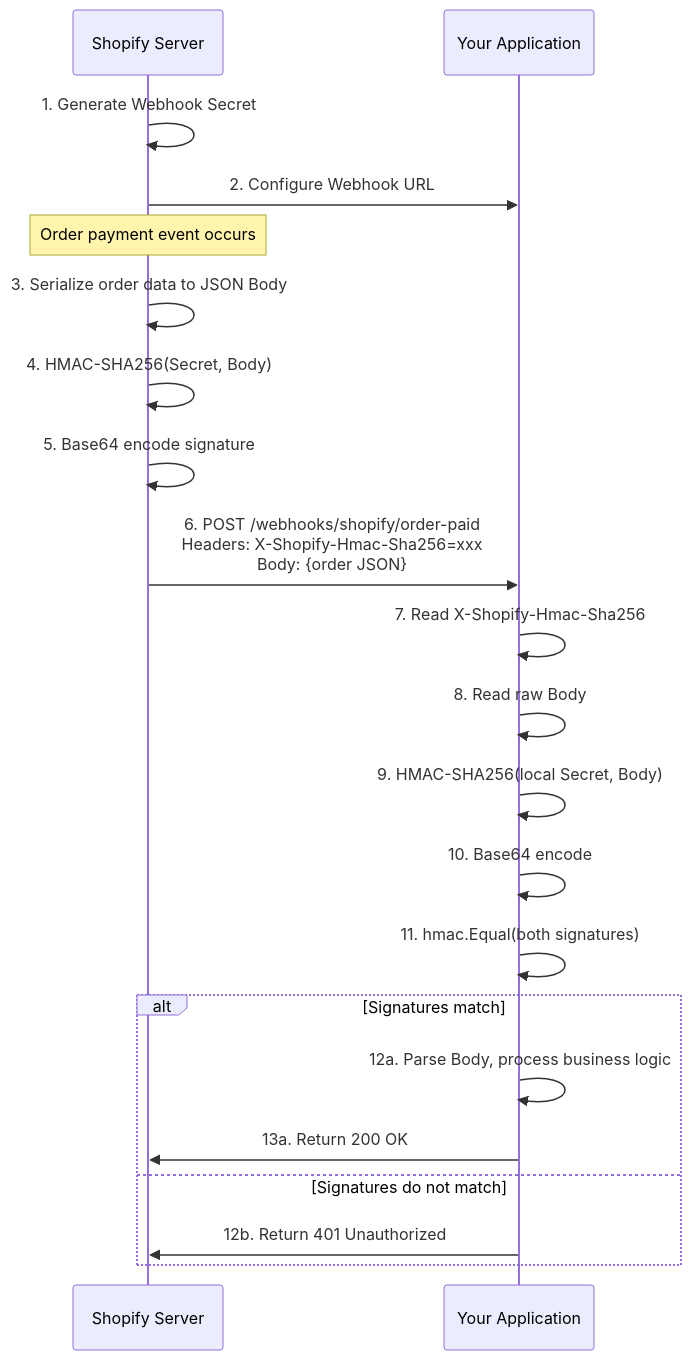
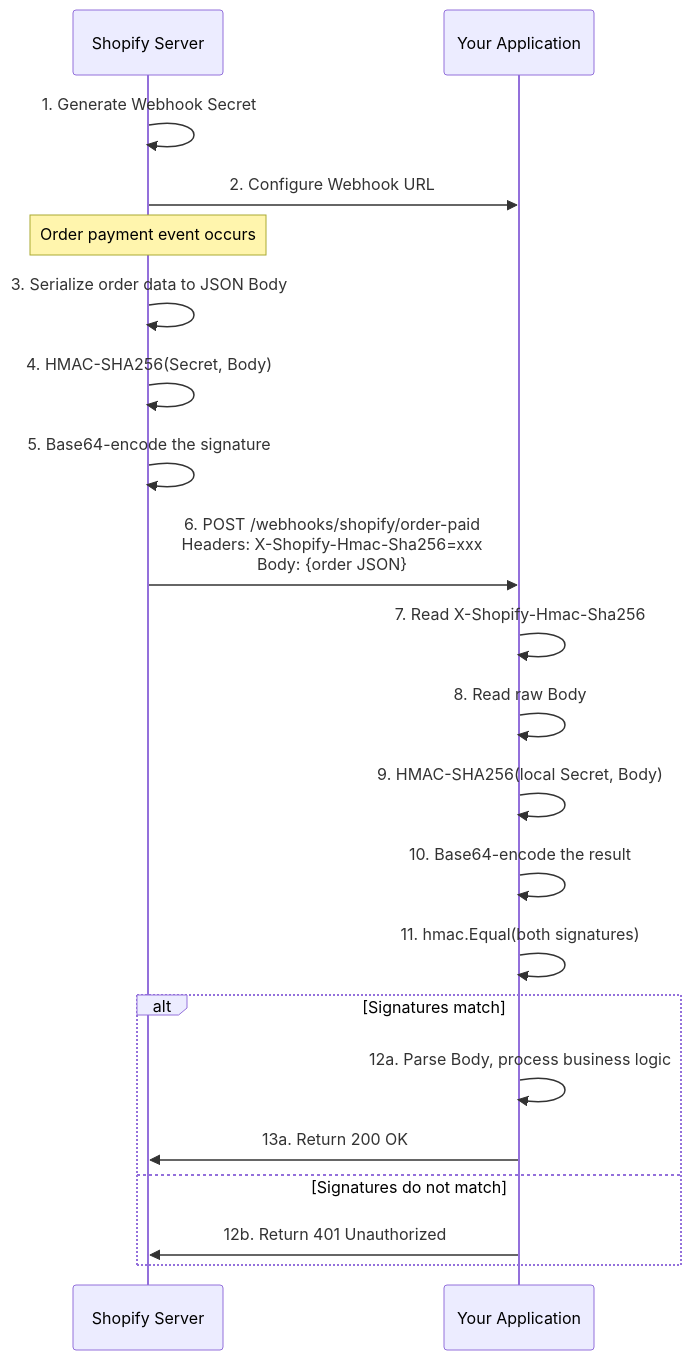
One commit to daheige/loyalty-system changed the second of 2 diagrams in shopify_verify.md. Above: the diagram before and after it, drawn with Mermaid. The commit also changed other lines of this file, not shown here.

````diff
--- a/shopify_verify.md
+++ b/shopify_verify.md
@@ -303,29 +303,29 @@
 ```mermaid
 sequenceDiagram
     participant Shopify as Shopify Server
     participant App as Your Application
 
     Shopify->>Shopify: 1. Generate Webhook Secret
     Shopify->>App: 2. Configure Webhook URL
 
     Note over Shopify: Order payment event occurs
 
     Shopify->>Shopify: 3. Serialize order data to JSON Body
     Shopify->>Shopify: 4. HMAC-SHA256(Secret, Body)
-    Shopify->>Shopify: 5. Base64 encode signature
+    Shopify->>Shopify: 5. Base64-encode the signature
 
     Shopify->>App: 6. POST /webhooks/shopify/order-paid<br/>Headers: X-Shopify-Hmac-Sha256=xxx<br/>Body: {order JSON}
 
     App->>App: 7. Read X-Shopify-Hmac-Sha256
     App->>App: 8. Read raw Body
     App->>App: 9. HMAC-SHA256(local Secret, Body)
-    App->>App: 10. Base64 encode
+    App->>App: 10. Base64-encode the result
     App->>App: 11. hmac.Equal(both signatures)
 
     alt Signatures match
         App->>App: 12a. Parse Body, process business logic
         App->>Shopify: 13a. Return 200 OK
     else Signatures do not match
         App->>Shopify: 12b. Return 401 Unauthorized
     end
 ```
````
